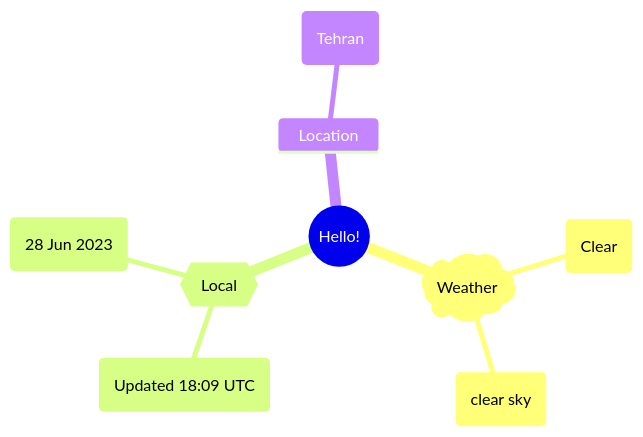
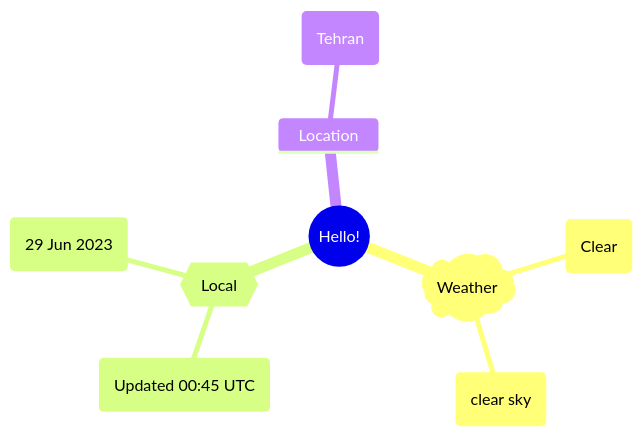
Before and after one commit to Xosrov/Xosrov: the first of 2 diagrams in README.md, drawn with Mermaid.

Commit message:
[bot] updated images

````diff
--- a/README.md
+++ b/README.md
@@ -3,12 +3,12 @@
 ```mermaid
 mindmap
   root((Hello!))
     )Weather(
         (Clear)
         (clear sky)
     {{Local}}
-        (Updated 18:09 UTC)
-        (28 Jun 2023)
+        (Updated 00:45 UTC)
+        (29 Jun 2023)
     Location
         (Tehran)
 ```
````
